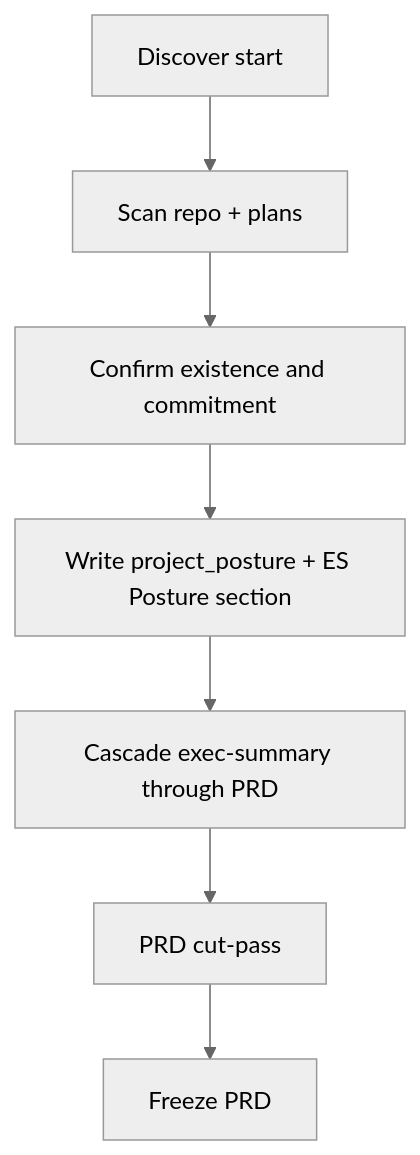
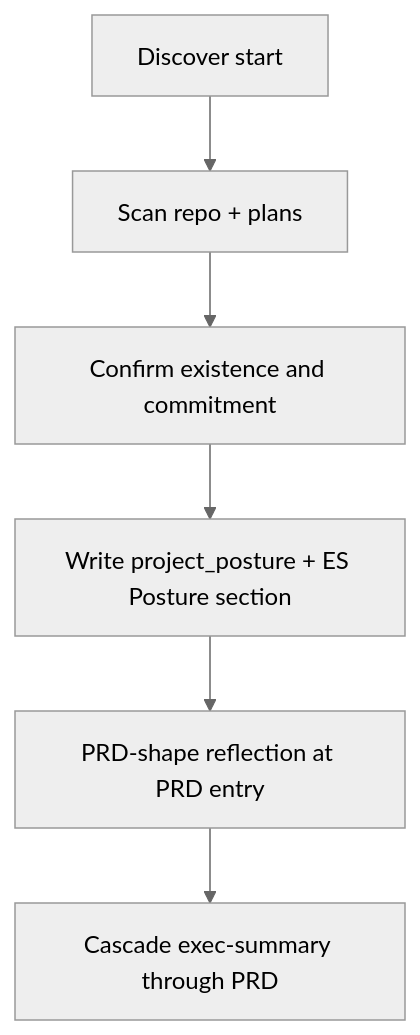
The diagram in plugins/rrraw/skills/rr-planner/refs/project-posture.md (rr-agentic-kit/ai-plugins), drawn with Mermaid (neutral theme) before and after one commit. The commit also changed other lines of this file and 4 other files, not shown here.

````diff
--- a/plugins/rrraw/skills/rr-planner/refs/project-posture.md
+++ b/plugins/rrraw/skills/rr-planner/refs/project-posture.md
@@ -22,9 +22,8 @@
 ```mermaid
 flowchart TD
   start[Discover start] --> scan[Scan repo + plans]
   scan --> confirm[Confirm existence and commitment]
   confirm --> persist[Write project_posture + ES Posture section]
-  persist --> cascade[Cascade exec-summary through PRD]
-  cascade --> cut[PRD cut-pass]
-  cut --> freeze[Freeze PRD]
+  persist --> prdShape[PRD-shape reflection at PRD entry]
+  prdShape --> cascade[Cascade exec-summary through PRD]
 ```
````
